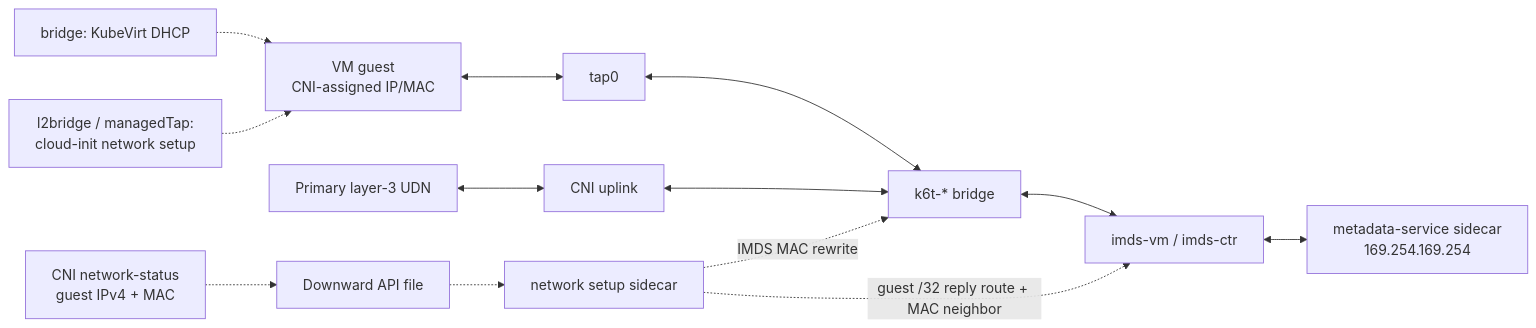
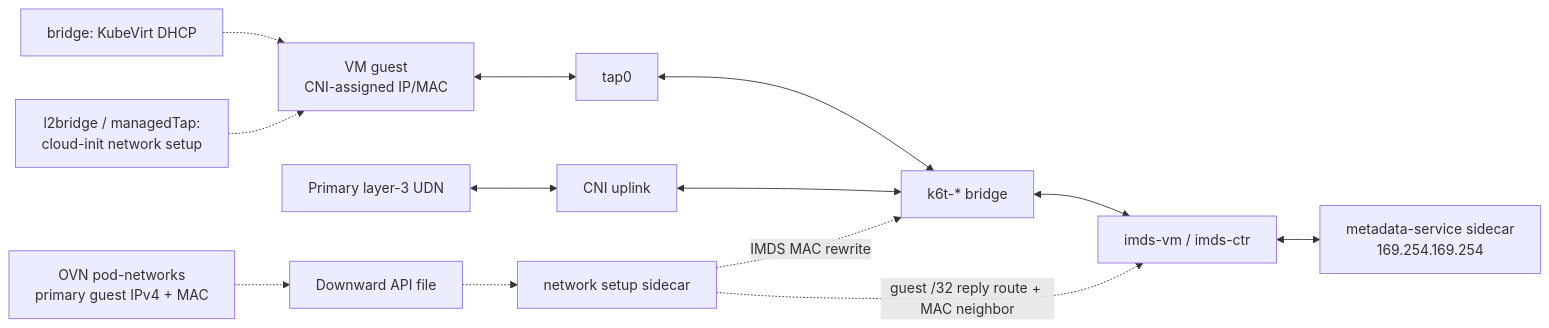
Before and after one commit to dsx-ai-factory/nvidia-workload-identity: the diagram in cmd/dsx-imds-network-setup/README.md, drawn with Mermaid. The commit also changed other lines of this file and 4 other files, not shown here.

Commit message:
fix(NO-REF): read guest allocation from OVN

````diff
--- a/cmd/dsx-imds-network-setup/README.md
+++ b/cmd/dsx-imds-network-setup/README.md
@@ -39,16 +39,16 @@
 ```mermaid
 flowchart LR
     Guest["VM guest<br/>CNI-assigned IP/MAC"] <--> Tap["tap0"]
     Tap <--> Bridge["k6t-* bridge"]
     Bridge <--> Veth["imds-vm / imds-ctr"]
     Veth <--> Metadata["metadata-service sidecar<br/>169.254.169.254"]
     UDN["Primary layer-3 UDN"] <--> Uplink["CNI uplink"]
     Uplink <--> Bridge
 
     DHCP["bridge: KubeVirt DHCP"] -.-> Guest
     CloudInit["l2bridge / managedTap:<br/>cloud-init network setup"] -.-> Guest
-    Status["CNI network-status<br/>guest IPv4 + MAC"] -.-> File["Downward API file"]
+    Status["OVN pod-networks<br/>primary guest IPv4 + MAC"] -.-> File["Downward API file"]
     File -.-> Setup["network setup sidecar"]
     Setup -.->|"guest /32 reply route + MAC neighbor"| Veth
     Setup -.->|"IMDS MAC rewrite"| Bridge
 ```
````
